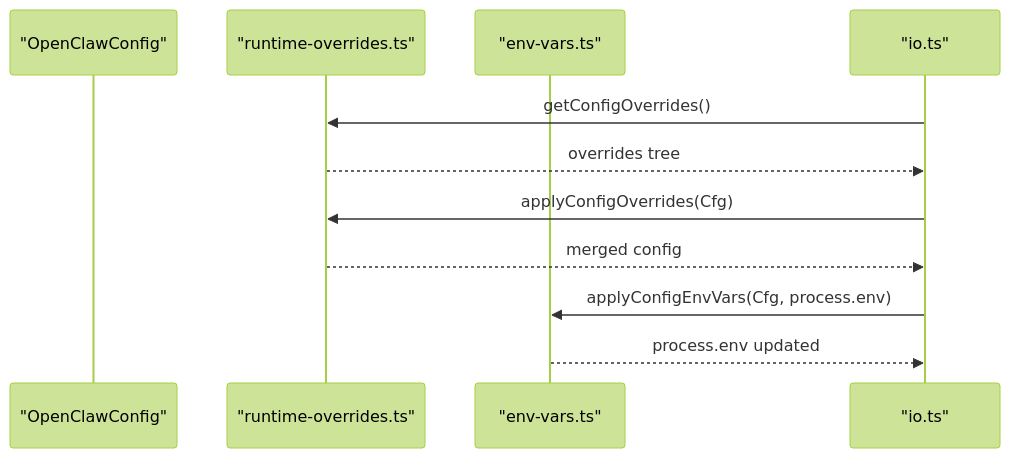
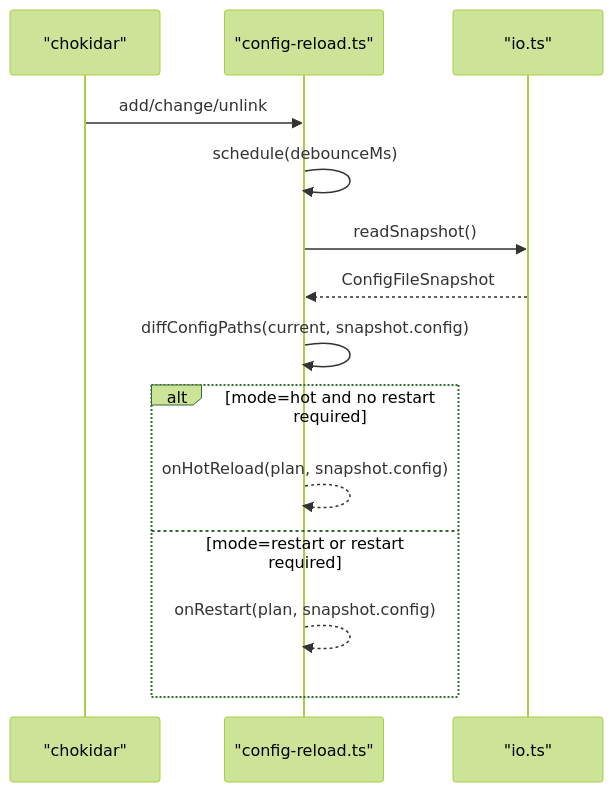
Before and after one commit to botx-work/OpenClaw-Internals: the ninth of 10 diagrams in repowiki/en/content/Configuration Management/Configuration Architecture.md, drawn with Mermaid (forest theme). The commit also changed other lines of this file and 332 other files, not shown here.

````diff
--- a/repowiki/en/content/Configuration Management/Configuration Architecture.md
+++ b/repowiki/en/content/Configuration Management/Configuration Architecture.md
@@ -261,13 +315,16 @@
 ```mermaid
 sequenceDiagram
-participant Cfg as "OpenClawConfig"
-participant Rt as "runtime-overrides.ts"
-participant Env as "env-vars.ts"
+participant Watch as "chokidar"
+participant Reloader as "config-reload.ts"
 participant IO as "io.ts"
-IO->>Rt : getConfigOverrides()
-Rt-->>IO : overrides tree
-IO->>Rt : applyConfigOverrides(Cfg)
-Rt-->>IO : merged config
-IO->>Env : applyConfigEnvVars(Cfg, process.env)
-Env-->>IO : process.env updated
+Watch->>Reloader : add/change/unlink
+Reloader->>Reloader : schedule(debounceMs)
+Reloader->>IO : readSnapshot()
+IO-->>Reloader : ConfigFileSnapshot
+Reloader->>Reloader : diffConfigPaths(current, snapshot.config)
+alt mode=hot and no restart required
+Reloader-->>Reloader : onHotReload(plan, snapshot.config)
+else mode=restart or restart required
+Reloader-->>Reloader : onRestart(plan, snapshot.config)
+end
 ```
````
